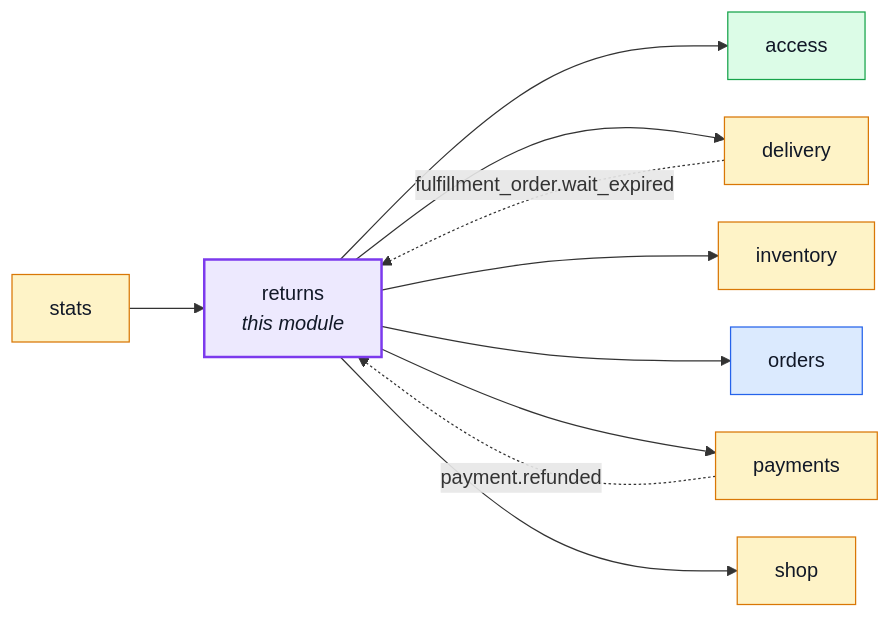
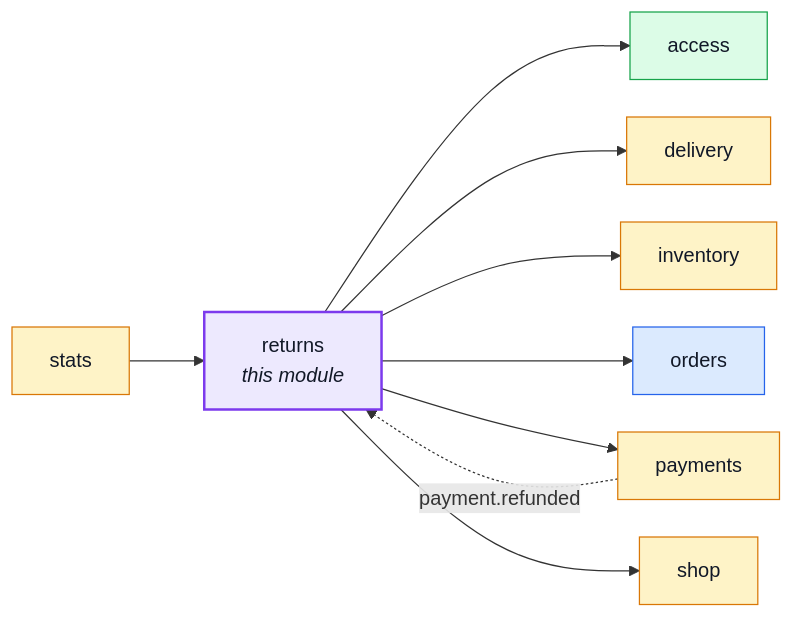
The first of 5 diagrams in docs/modules/returns.md (Guebbit/boilerplate-node-backend), drawn with Mermaid before and after one commit. The commit also changed other lines of this file and 82 other files, not shown here.

````diff
--- a/docs/modules/returns.md
+++ b/docs/modules/returns.md
@@ -22,31 +22,30 @@
 ```mermaid
 %%{init: {'flowchart': {'nodeSpacing': 30, 'rankSpacing': 60}}}%%
 flowchart LR
     returns["returns<br/><i>this module</i>"]
     access["access"]
     delivery["delivery"]
     inventory["inventory"]
     orders["orders"]
     payments["payments"]
     shop["shop"]
     stats["stats"]
 
     stats --> returns
     returns --> access
     returns --> delivery
     returns --> inventory
     returns --> orders
     returns --> payments
     returns --> shop
-    delivery -. "fulfillment_order.wait_expired" .-> returns
     payments -. "payment.refunded" .-> returns
 
     classDef core fill:#dbeafe,stroke:#2563eb,color:#111827;
     classDef supporting fill:#fef3c7,stroke:#d97706,color:#111827;
     classDef generic fill:#dcfce7,stroke:#16a34a,color:#111827;
     classDef centre fill:#ede9fe,stroke:#7c3aed,stroke-width:2px,color:#111827;
     class orders core;
     class delivery,inventory,payments,shop,stats supporting;
     class access generic;
     class returns centre;
 ```
````
